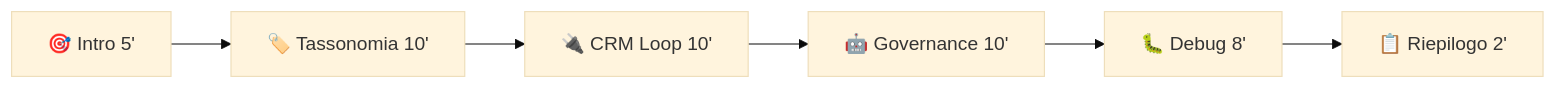
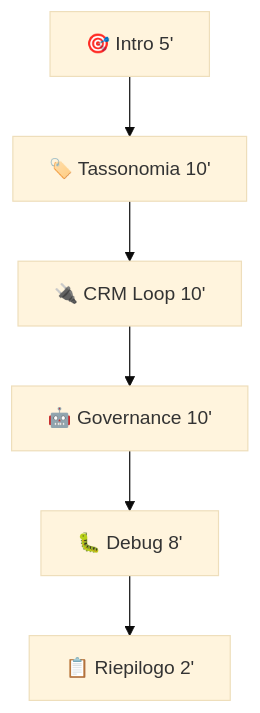
Before and after one commit to AndreyBertasini/gynnitech: the first of 2 diagrams in src/content/corso/analisi-marketing/analisi-end-to-end-utm.mdx, drawn with Mermaid (base theme). The commit also changed 110 other files, not shown here.

First line of the commit message:
chore(content): optimize mermaid diagrams for mobile and dark theme

````diff
--- a/src/content/corso/analisi-marketing/analisi-end-to-end-utm.mdx
+++ b/src/content/corso/analisi-marketing/analisi-end-to-end-utm.mdx
@@ -33,8 +33,8 @@
 ```mermaid
-flowchart LR
+flowchart TD
   A["🎯 Intro 5'"] --> B["🏷️ Tassonomia 10'"]
   B --> C["🔌 CRM Loop 10'"]
   C --> D["🤖 Governance 10'"]
   D --> E["🐛 Debug 8'"]
   E --> F["📋 Riepilogo 2'"]
 ```
````
